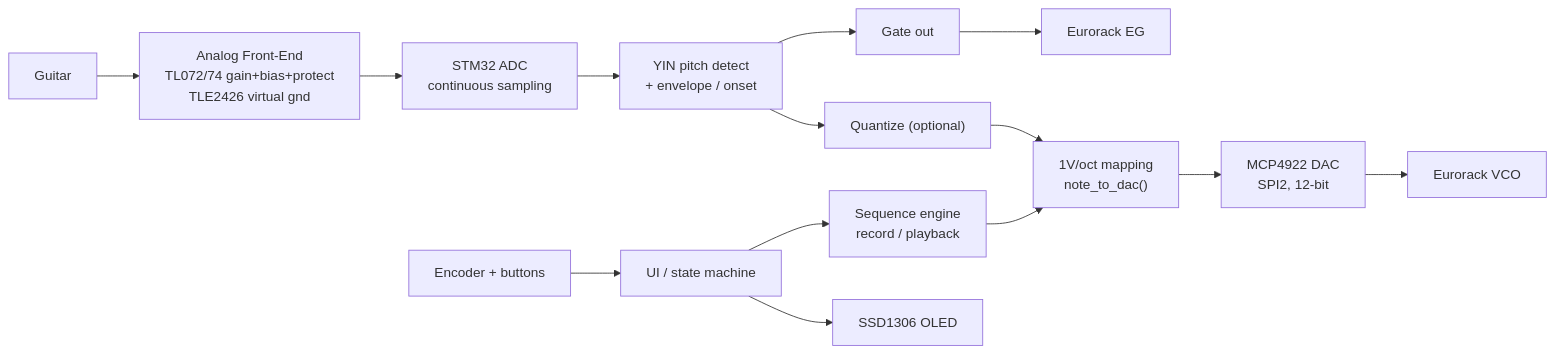
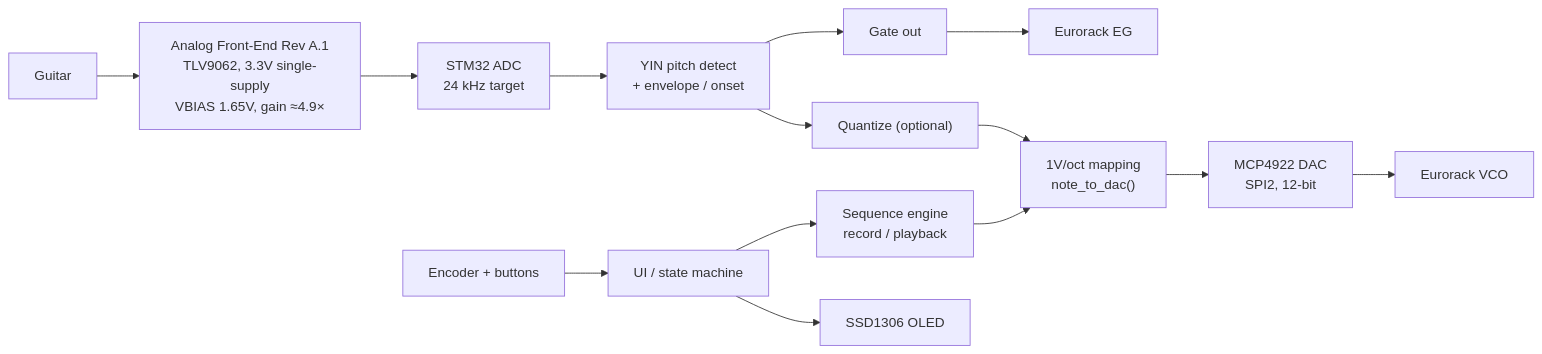
Before and after one commit to WizardInDminor/guitar-cv: the first of 3 diagrams in docs/roadmap.md, drawn with Mermaid. The commit also changed other lines of this file and 17 other files, not shown here.

````diff
--- a/docs/roadmap.md
+++ b/docs/roadmap.md
@@ -18,15 +18,15 @@
 ```mermaid
 flowchart LR
-    G[Guitar] --> AFE["Analog Front-End<br/>TL072/74 gain+bias+protect<br/>TLE2426 virtual gnd"]
-    AFE --> ADC["STM32 ADC<br/>continuous sampling"]
+    G[Guitar] --> AFE["Analog Front-End Rev A.1<br/>TLV9062, 3.3V single-supply<br/>VBIAS 1.65V, gain ≈4.9×"]
+    AFE --> ADC["STM32 ADC<br/>24 kHz target"]
     ADC --> PD["YIN pitch detect<br/>+ envelope / onset"]
     PD --> QZ["Quantize (optional)"]
     QZ --> CV["1V/oct mapping<br/>note_to_dac()"]
     CV --> DAC["MCP4922 DAC<br/>SPI2, 12-bit"]
     DAC --> OSC[Eurorack VCO]
     PD --> GATE[Gate out] --> ENV[Eurorack EG]
     ENC["Encoder + buttons"] --> UI
     UI["UI / state machine"] --> OLED["SSD1306 OLED"]
     UI --> SEQ["Sequence engine<br/>record / playback"]
     SEQ --> CV
 ```
````
